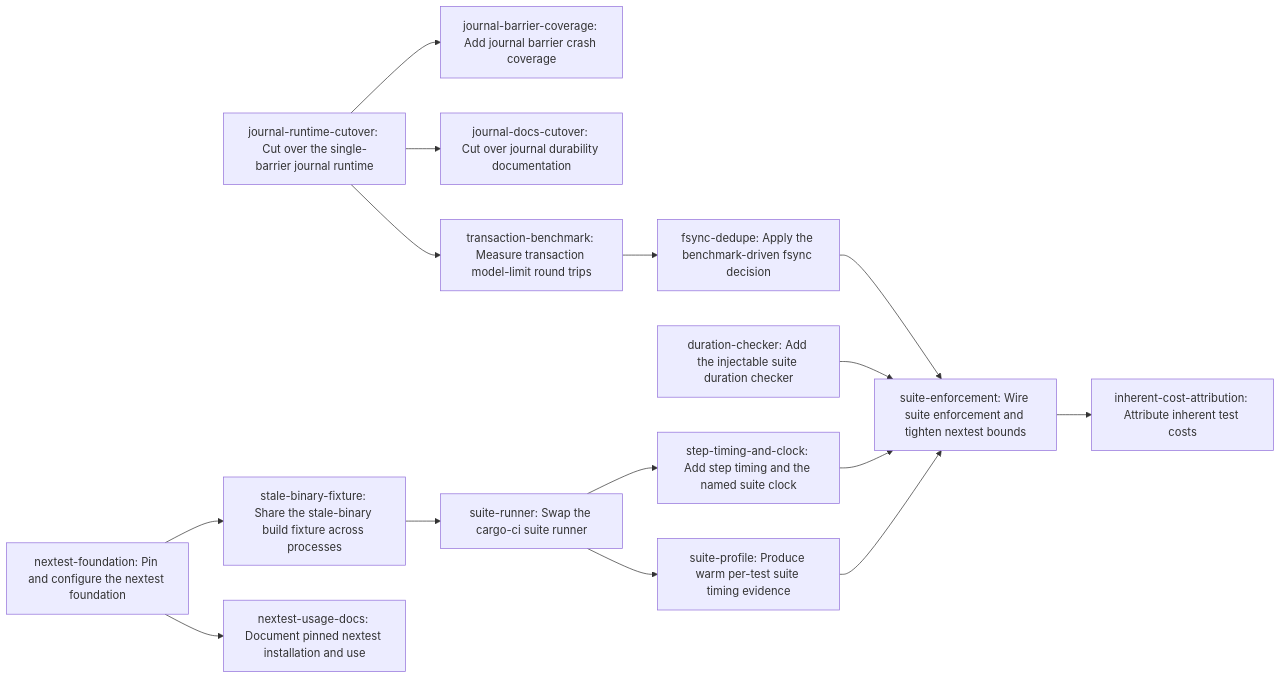
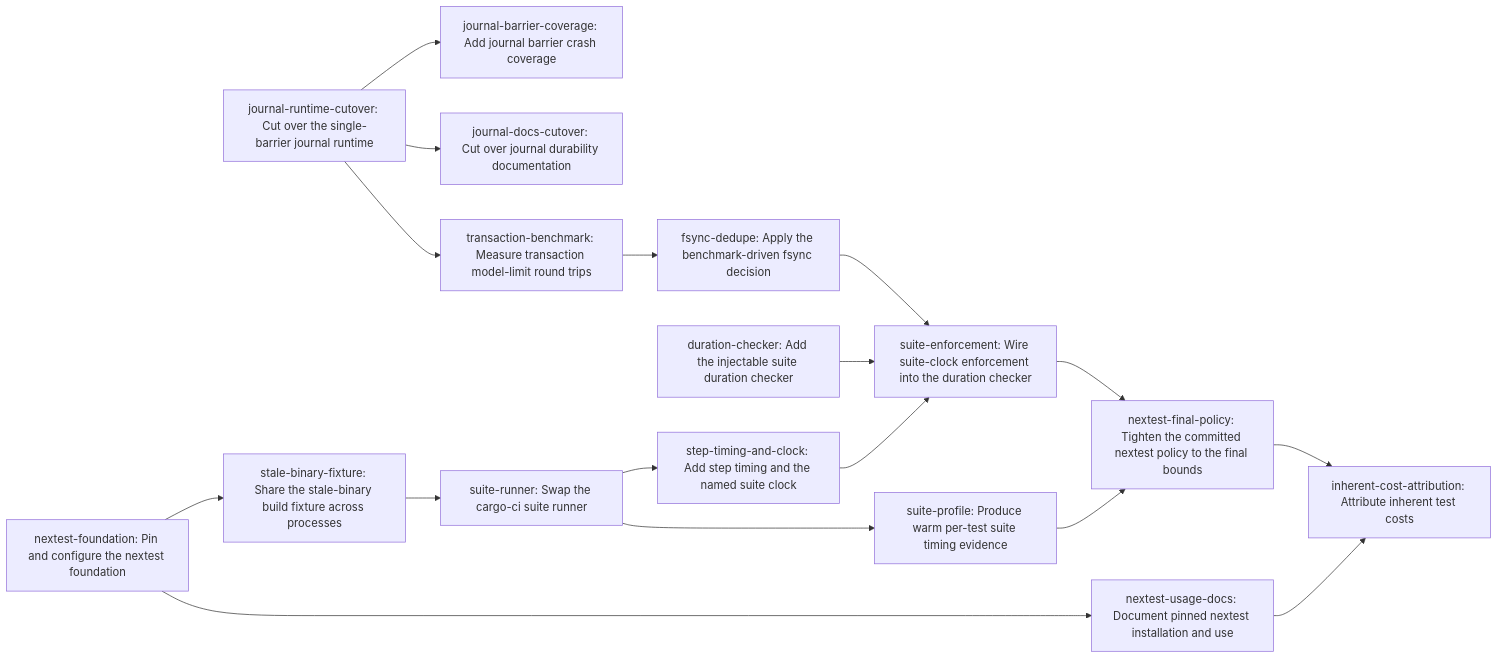
One commit to erankavija/just-in-time changed the diagram in dev/active/4b7c06d0-test-suite-performance/plan.md. Above: the diagram before and after it, drawn with Mermaid. The commit also changed other lines of this file and 1 other file, not shown here.

Commit message:
docs(jit:eebb3fee): order the testing-guide writers and split final policy from enforcement

````diff
--- a/dev/active/4b7c06d0-test-suite-performance/plan.md
+++ b/dev/active/4b7c06d0-test-suite-performance/plan.md
@@ -57,31 +58,34 @@
 ```mermaid
 flowchart LR
     N0["journal-runtime-cutover: Cut over the single-barrier journal runtime"]
     N1["journal-barrier-coverage: Add journal barrier crash coverage"]
     N2["journal-docs-cutover: Cut over journal durability documentation"]
     N3["transaction-benchmark: Measure transaction model-limit round trips"]
     N4["fsync-dedupe: Apply the benchmark-driven fsync decision"]
     N5["stale-binary-fixture: Share the stale-binary build fixture across processes"]
     N6["duration-checker: Add the injectable suite duration checker"]
     N7["nextest-foundation: Pin and configure the nextest foundation"]
     N8["nextest-usage-docs: Document pinned nextest installation and use"]
     N9["suite-runner: Swap the cargo-ci suite runner"]
     N10["step-timing-and-clock: Add step timing and the named suite clock"]
-    N11["suite-enforcement: Wire suite enforcement and tighten nextest bounds"]
-    N12["suite-profile: Produce warm per-test suite timing evidence"]
-    N13["inherent-cost-attribution: Attribute inherent test costs"]
+    N11["suite-enforcement: Wire suite-clock enforcement into the duration checker"]
+    N12["nextest-final-policy: Tighten the committed nextest policy to the final bounds"]
+    N13["suite-profile: Produce warm per-test suite timing evidence"]
+    N14["inherent-cost-attribution: Attribute inherent test costs"]
     N0 --> N1
     N0 --> N2
     N0 --> N3
     N3 --> N4
     N7 --> N5
     N7 --> N8
     N5 --> N9
     N9 --> N10
     N10 --> N11
     N6 --> N11
     N4 --> N11
-    N12 --> N11
-    N9 --> N12
-    N11 --> N13
+    N13 --> N12
+    N11 --> N12
+    N9 --> N13
+    N12 --> N14
+    N8 --> N14
 ```
````
